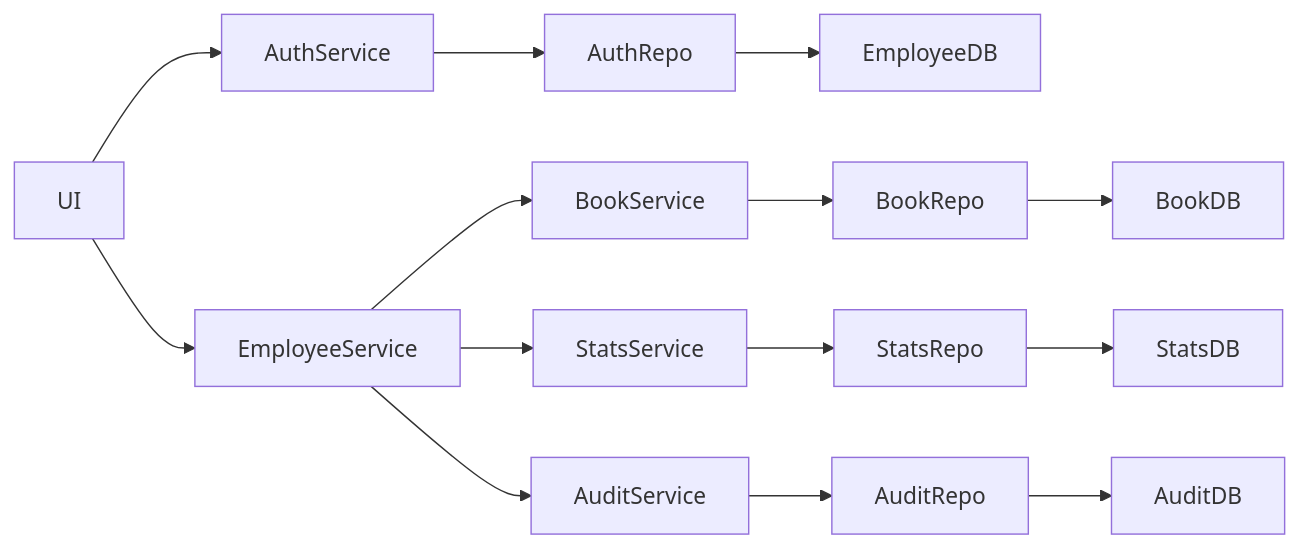
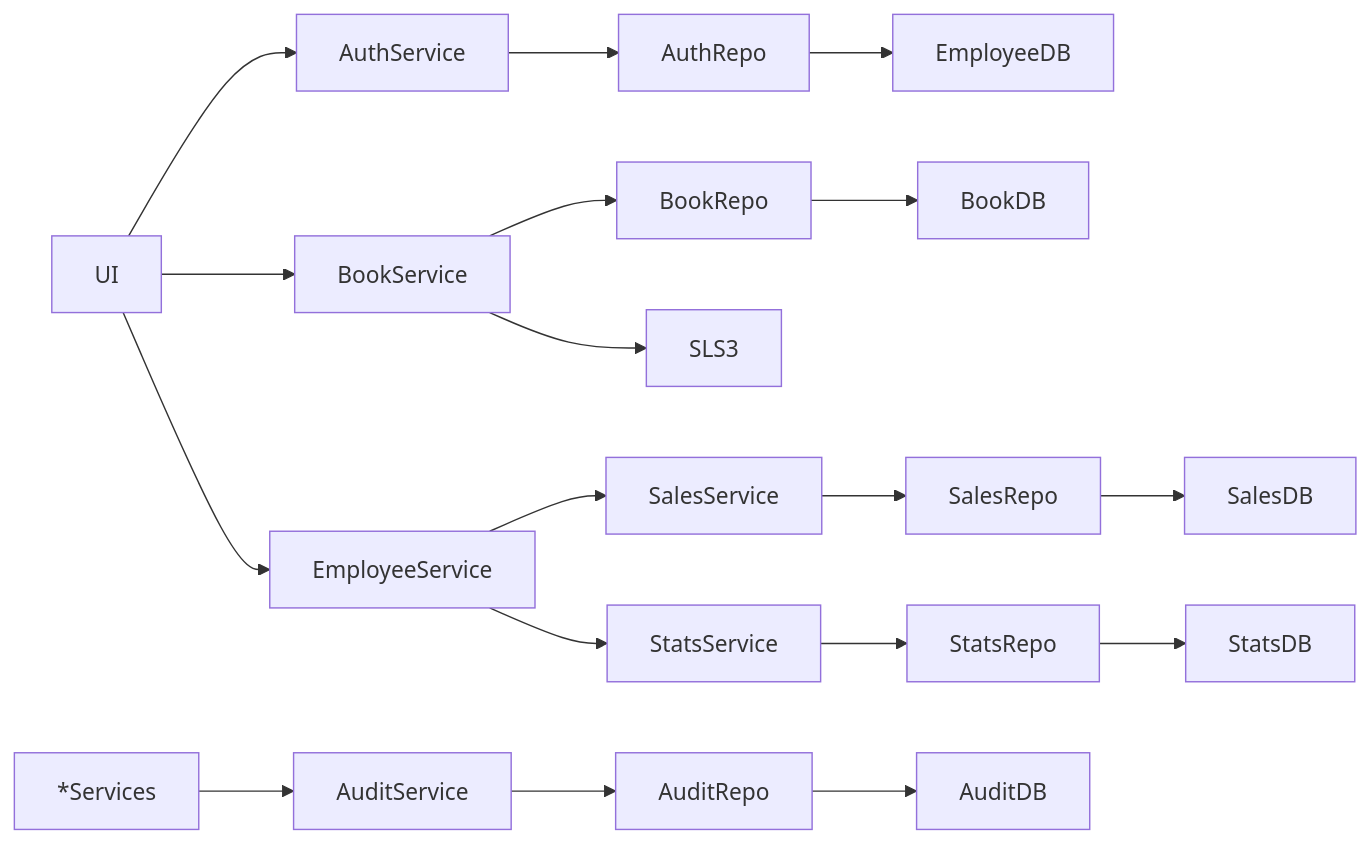
The first of 10 diagrams in docs/high_level_architecture.md (Apameus/Bookly), drawn with Mermaid before and after one commit. The commit also changed 18 other files, not shown here.

````diff
--- a/docs/high_level_architecture.md
+++ b/docs/high_level_architecture.md
@@ -2,7 +2,10 @@
 ```mermaid
 flowchart LR
     UI --> AS[AuthService] --> AR[AuthRepo] --> EDB[EmployeeDB]
-    UI --> ES[EmployeeService] --> BS[BookService] --> BR[BookRepo] --> BDB[BookDB]
-    ES --> SS[StatsService] --> SR[StatsRepo] --> SDB[StatsDB]
-    ES --> AUS[AuditService] --> AUR[AuditRepo] --> ADB[AuditDB]
+    UI --> BS[BookService] --> BR[BookRepo] --> BDB[BookDB]
+    BS --> SLS3
+    ES --> SLS[SalesService] --> SLR[SalesRepo] --> SLDB[SalesDB]
+    UI --> ES[EmployeeService] --> SS[StatsService] --> SR[StatsRepo] --> SDB[StatsDB]
+    
+    *Services --> AUS[AuditService] --> AUR[AuditRepo] --> ADB[AuditDB]
 ```
````
